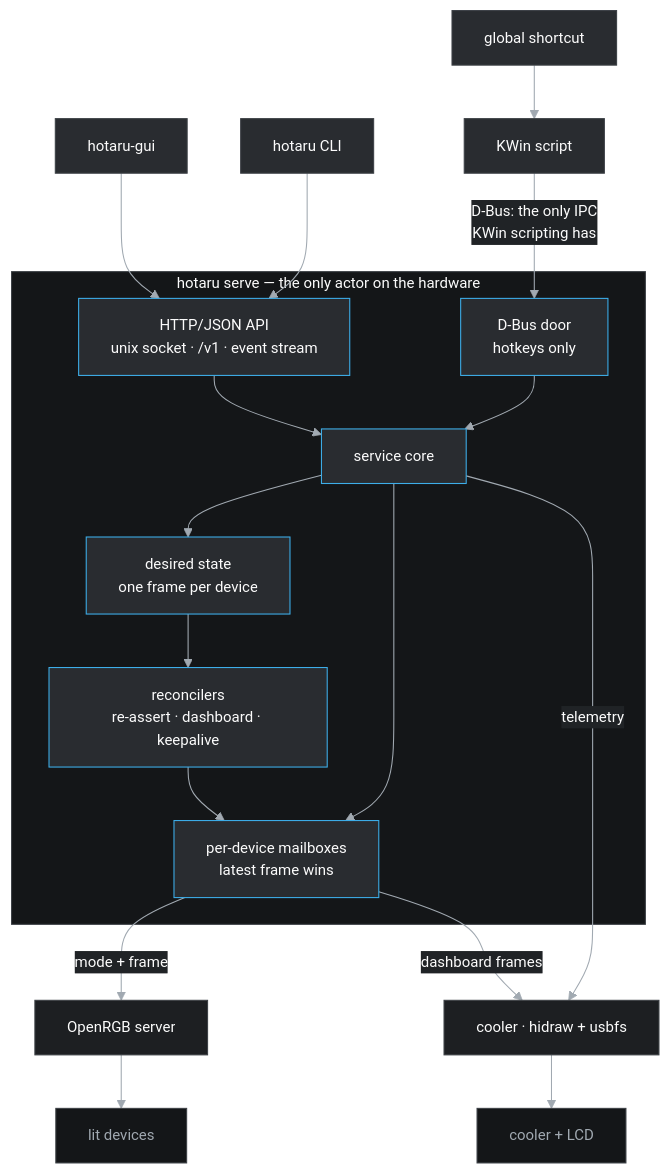
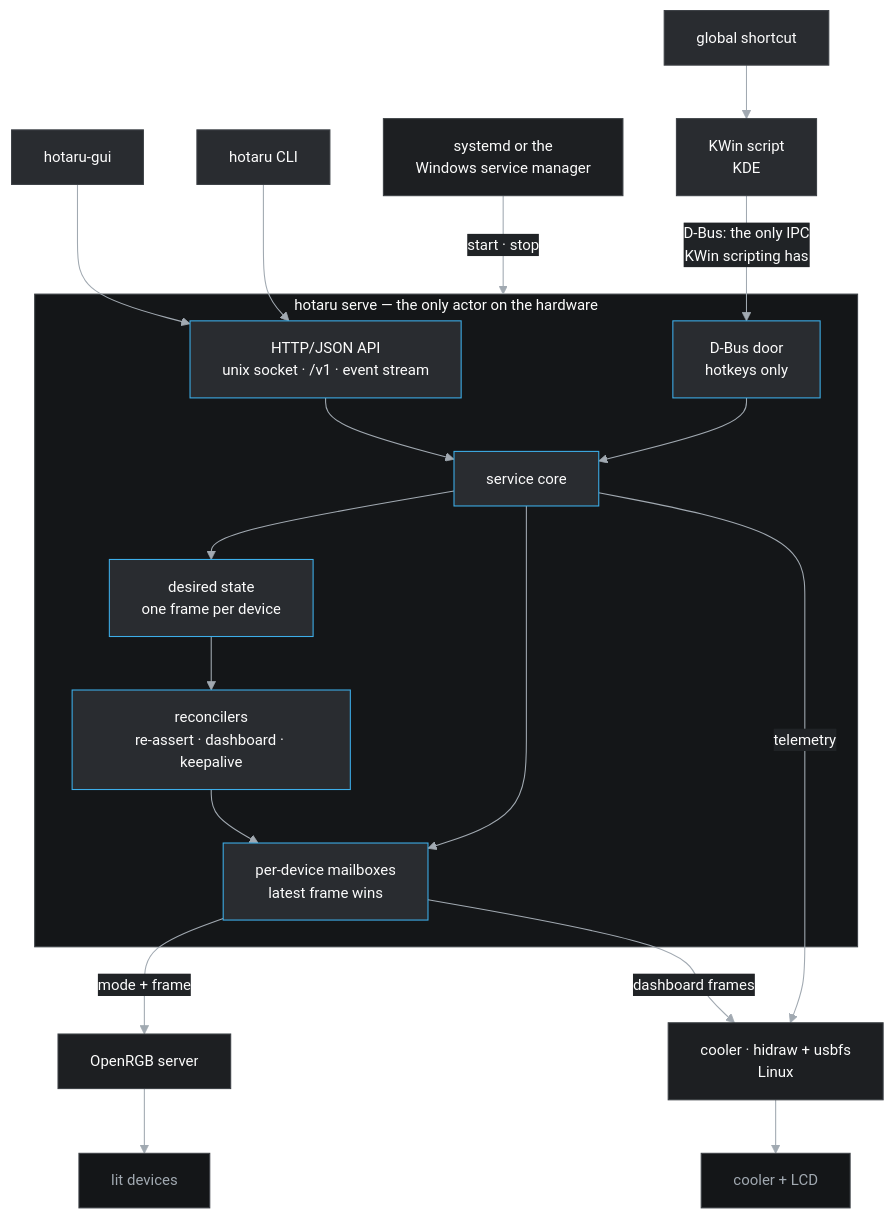
Before and after one commit to ushineko/hotaru: the diagram in README.md, drawn with Mermaid. The commit also changed 14 other files, not shown here.

First line of the commit message:
docs: windows in the architecture diagrams

````diff
--- a/README.md
+++ b/README.md
@@ -128,42 +128,43 @@
 ```mermaid
 %%{init: {"theme":"base","themeVariables":{
   "background":"#202326",
   "primaryColor":"#292c30","primaryTextColor":"#fcfcfc","primaryBorderColor":"#3c4045",
   "secondaryColor":"#1d1f22","tertiaryColor":"#141618",
   "lineColor":"#a1a9b1","textColor":"#fcfcfc","titleColor":"#fcfcfc",
   "clusterBkg":"#141618","clusterBorder":"#3c4045",
   "edgeLabelBackground":"#202326","nodeTextColor":"#fcfcfc",
   "fontFamily":"Noto Sans, Segoe UI, sans-serif","fontSize":"14px"
 }}}%%
 flowchart TB
-    KEY["global shortcut"] --> KWIN["KWin script"]
+    KEY["global shortcut"] --> KWIN["KWin script<br/>KDE"]
+    SM["systemd or the<br/>Windows service manager"] -->|"start · stop"| svc
     GUI["hotaru-gui"] --> API
     CLI["hotaru CLI"] --> API
     KWIN -->|"D-Bus: the only IPC<br/>KWin scripting has"| DOOR
 
     subgraph svc["hotaru serve — the only actor on the hardware"]
         API["HTTP/JSON API<br/>unix socket · /v1 · event stream"]
         DOOR["D-Bus door<br/>hotkeys only"]
         CORE["service core"]
         STATE["desired state<br/>one frame per device"]
         RECON["reconcilers<br/>re-assert · dashboard · keepalive"]
         MBOX["per-device mailboxes<br/>latest frame wins"]
     end
 
     API --> CORE
     DOOR --> CORE
     CORE --> STATE --> RECON --> MBOX
     CORE --> MBOX
     MBOX -->|"mode + frame"| ORGB["OpenRGB server"]
-    MBOX -->|"dashboard frames"| HID["cooler · hidraw + usbfs"]
+    MBOX -->|"dashboard frames"| HID["cooler · hidraw + usbfs<br/>Linux"]
     CORE -->|"telemetry"| HID
     ORGB --> LIT["lit devices"]
     HID --> COOL["cooler + LCD"]
 
     classDef s fill:#292c30,stroke:#3daee9,color:#fcfcfc
     classDef b fill:#1d1f22,stroke:#3c4045,color:#fcfcfc
     classDef h fill:#141618,stroke:#3c4045,color:#a1a9b1
     class API,DOOR,CORE,STATE,RECON,MBOX s
-    class ORGB,HID b
+    class ORGB,HID,SM b
     class LIT,COOL h
 ```
````
